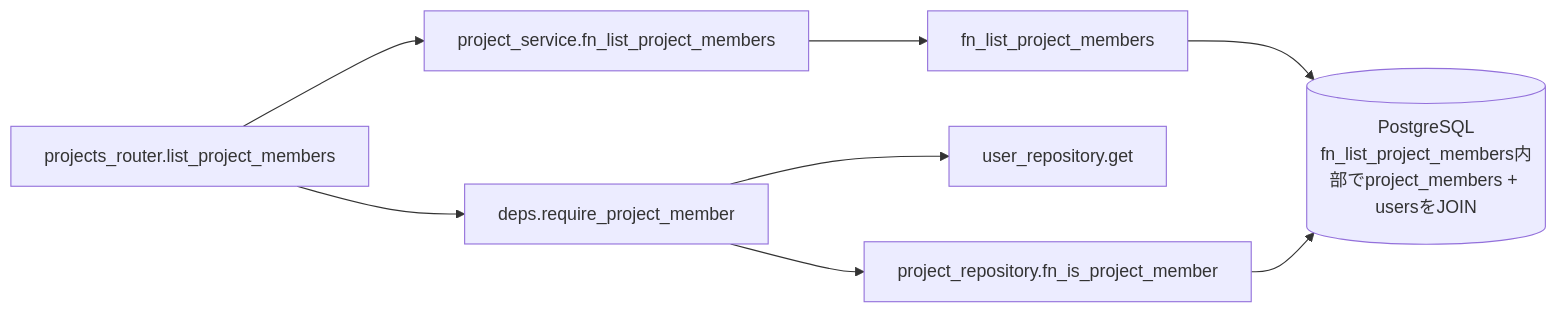
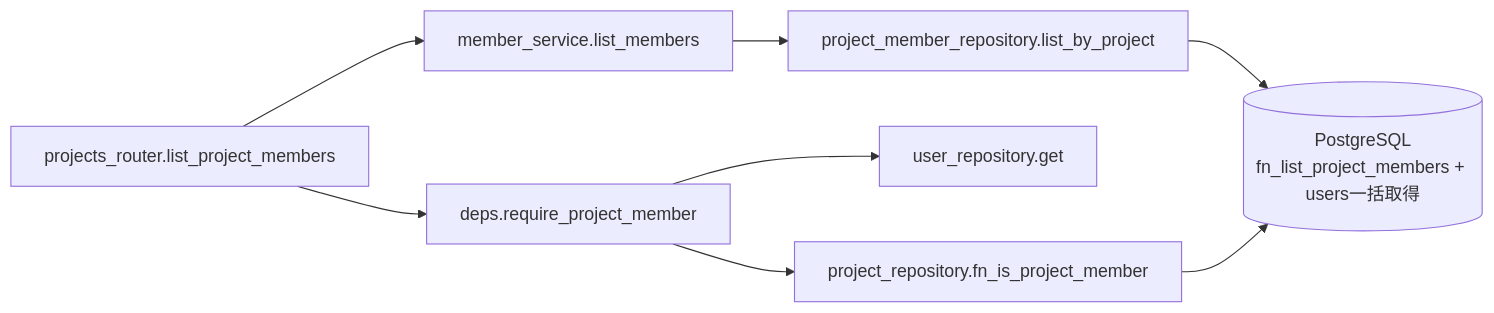
One commit to oikawa-d/task_management changed the third of 4 diagrams in docs/detailed_design/api/projects/06_get_project_members.md. Above: the diagram before and after it, drawn with Mermaid. The commit also changed other lines of this file and 5 other files, not shown here.

````diff
--- a/docs/detailed_design/api/projects/06_get_project_members.md
+++ b/docs/detailed_design/api/projects/06_get_project_members.md
@@ -186,10 +186,10 @@
 ```mermaid
 flowchart LR
     R["projects_router.list_project_members"] --> D["deps.require_project_member"]
-    R --> S["project_service.fn_list_project_members"]
+    R --> S["member_service.list_members"]
     D --> RP1["project_repository.fn_is_project_member"]
     D --> URP["user_repository.get"]
-    S --> RP2["fn_list_project_members"]
-    RP2 --> PG[("PostgreSQL<br/>fn_list_project_members内部でproject_members + usersをJOIN")]
+    S --> RP2["project_member_repository.list_by_project"]
+    RP2 --> PG[("PostgreSQL<br/>fn_list_project_members + users一括取得")]
     RP1 --> PG
 ```
````
